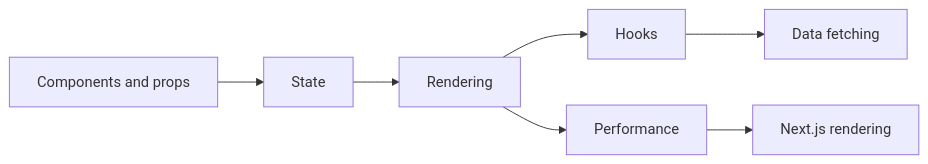
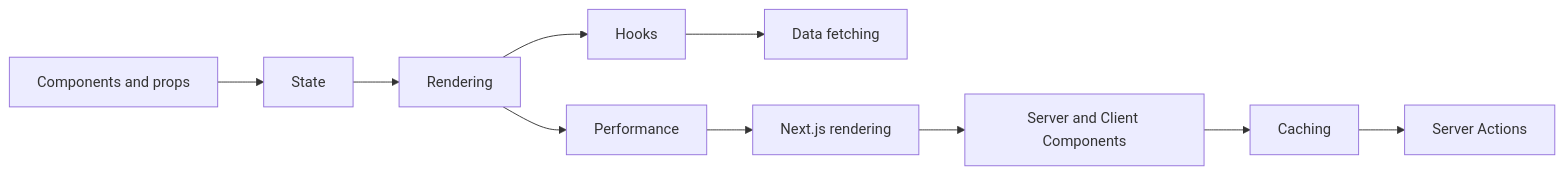
The diagram in learn/react/README.md (starjustice/research-material), drawn with Mermaid before and after one commit. The commit also changed other lines of this file and 15 other files, not shown here.

````diff
--- a/learn/react/README.md
+++ b/learn/react/README.md
@@ -14,9 +14,12 @@
 ```mermaid
 graph LR
     A["Components and props"] --> B["State"]
     B --> C["Rendering"]
     C --> D["Hooks"]
     D --> E["Data fetching"]
     C --> F["Performance"]
     F --> G["Next.js rendering"]
+    G --> H["Server and Client Components"]
+    H --> I["Caching"]
+    I --> J["Server Actions"]
 ```
````
